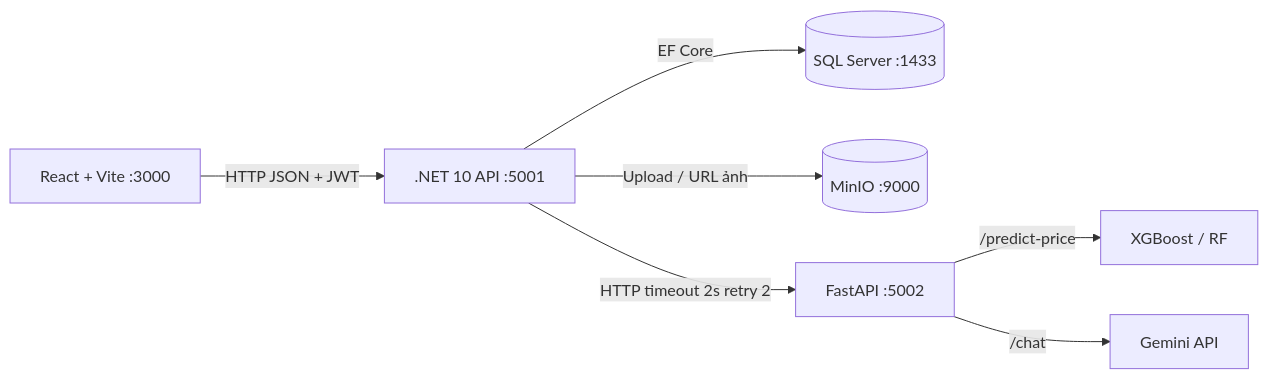
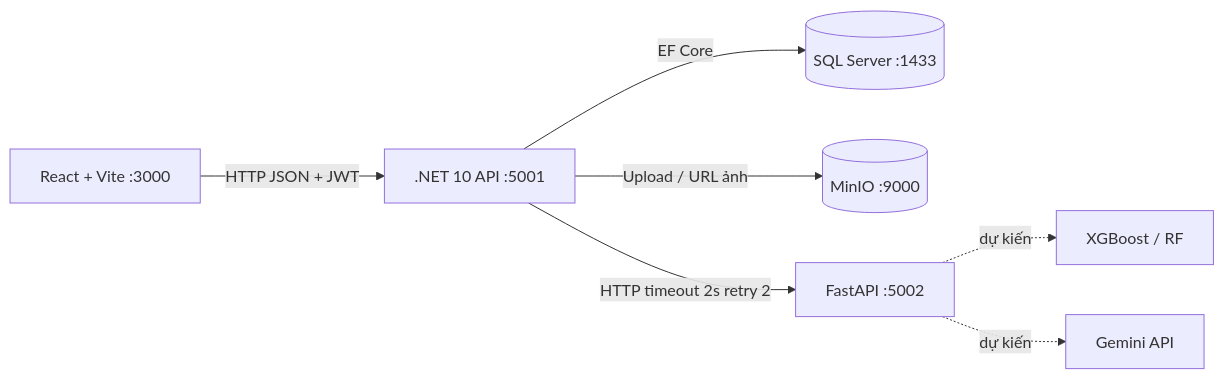
One commit to nguyenvudung365-commits/car-rental-ai changed the diagram in README.md. Above: the diagram before and after it, drawn with Mermaid. The commit also changed other lines of this file and 69 other files, not shown here.

````diff
--- a/README.md
+++ b/README.md
@@ -40,9 +43,9 @@
 ```mermaid
 flowchart LR
     FE[React + Vite :3000] -->|HTTP JSON + JWT| API[.NET 10 API :5001]
     API -->|EF Core| DB[(SQL Server :1433)]
     API -->|Upload / URL ảnh| MinIO[(MinIO :9000)]
     API -->|HTTP timeout 2s retry 2| AI[FastAPI :5002]
-    AI -->|/predict-price| ML[XGBoost / RF]
-    AI -->|/chat| Gemini[Gemini API]
+    AI -.->|dự kiến| ML[XGBoost / RF]
+    AI -.->|dự kiến| Gemini[Gemini API]
 ```
````
